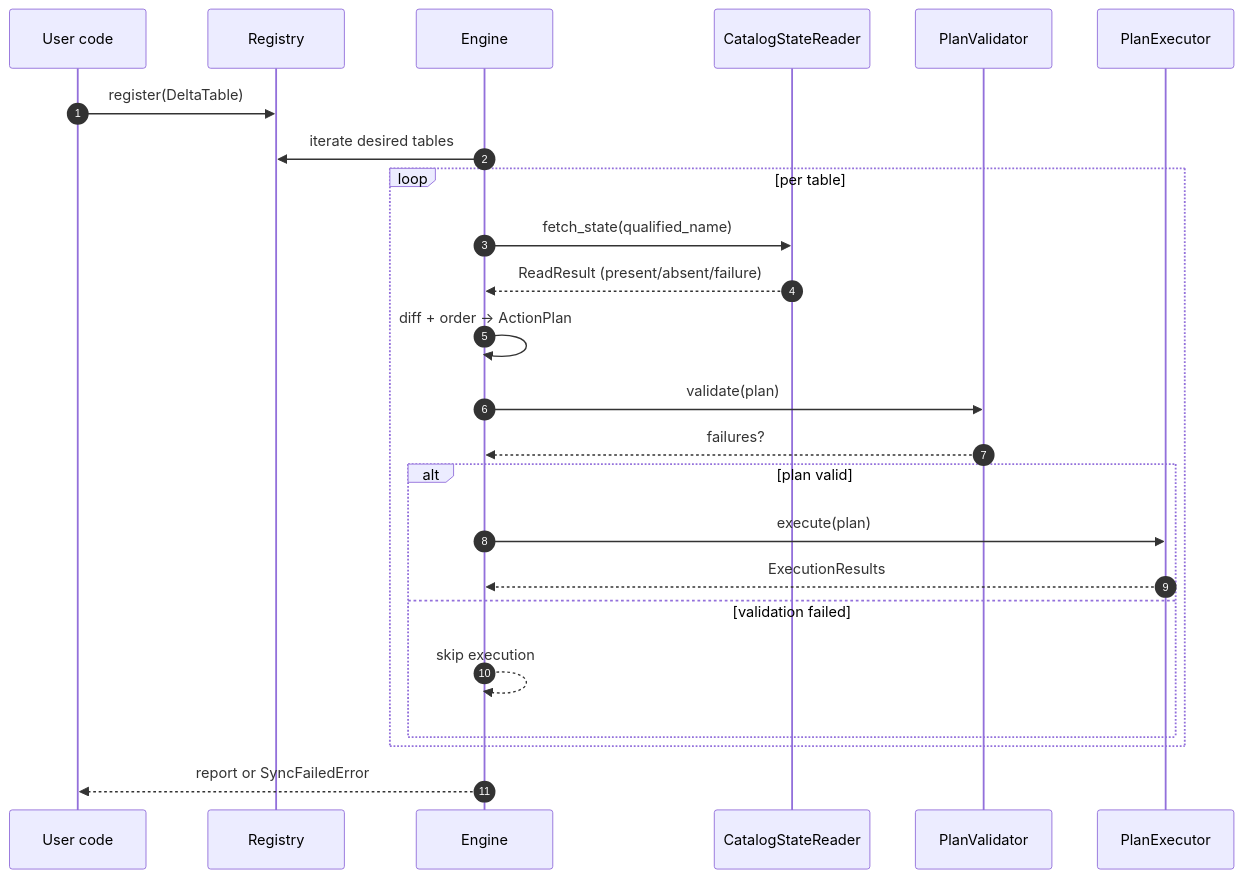
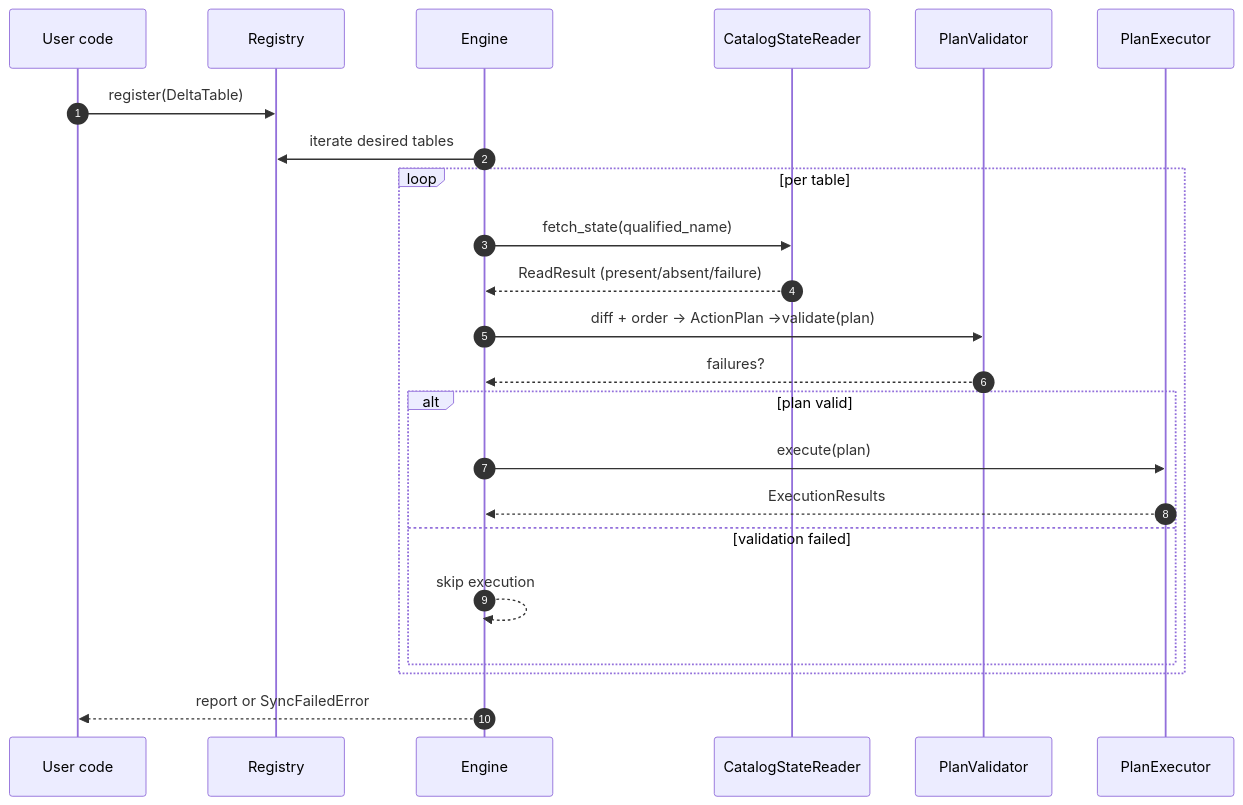
The second of 2 diagrams in delta-engine/docs/architecture.md (Tomoscorbin/delta-engine), drawn with Mermaid before and after one commit. The commit also changed other lines of this file, not shown here.

````diff
--- a/delta-engine/docs/architecture.md
+++ b/delta-engine/docs/architecture.md
@@ -64,27 +63,26 @@
 ```mermaid
 sequenceDiagram
     autonumber
     participant U as User code
     participant R as Registry
     participant E as Engine
     participant CR as CatalogStateReader
     participant V as PlanValidator
     participant X as PlanExecutor
 
     U->>R: register(DeltaTable)
     E->>R: iterate desired tables
     loop per table
         E->>CR: fetch_state(qualified_name)
         CR-->>E: ReadResult (present/absent/failure)
-        E->>E: diff + order -> ActionPlan
-        E->>V: validate(plan)
+        E->>V: diff + order -> ActionPlan  ->validate(plan)
         V-->>E: failures?
         alt plan valid
             E->>X: execute(plan)
             X-->>E: ExecutionResults
         else validation failed
             E-->>E: skip execution
         end
     end
     E-->>U: report or SyncFailedError
 ```
````
